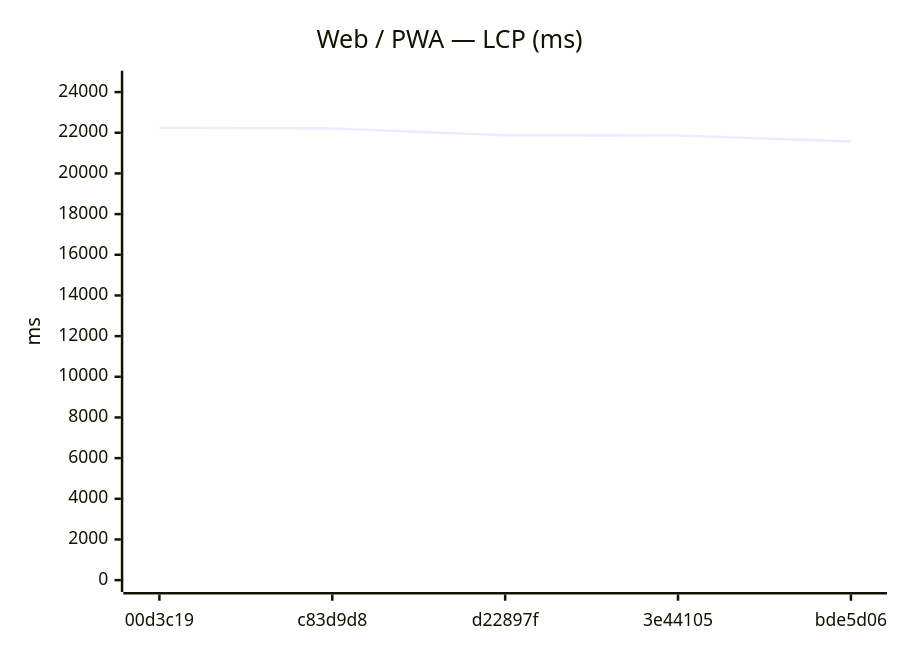
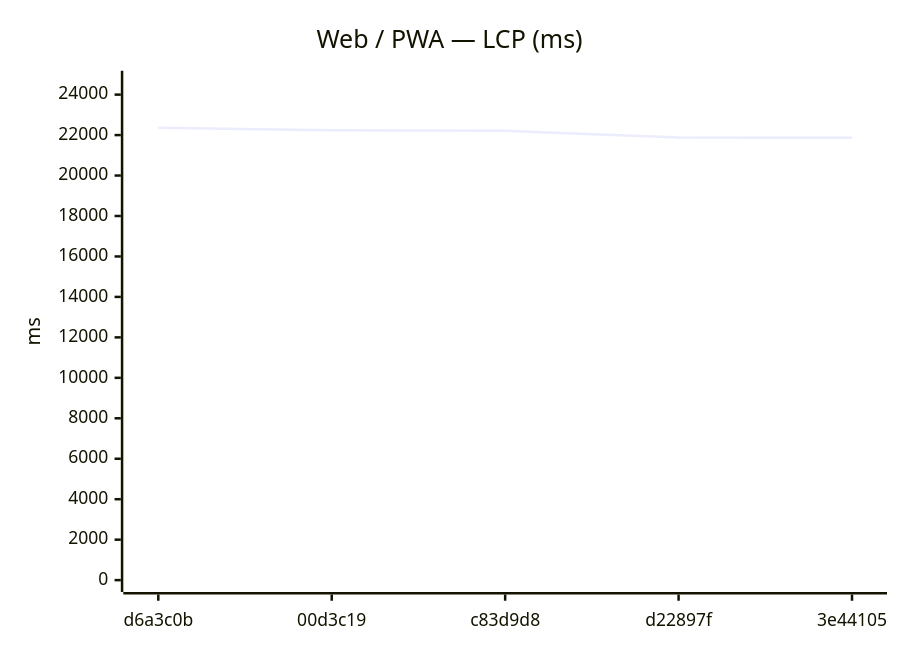
The seventh of 18 diagrams in benchmarks/compare.md (Metaheurist/Rianell), drawn with Mermaid before and after one commit. The commit also changed other lines of this file and 11 other files, not shown here.

````diff
--- a/benchmarks/compare.md
+++ b/benchmarks/compare.md
@@ -117,7 +117,7 @@
 ```mermaid
 xychart-beta
     title "Web / PWA — LCP (ms)"
-    x-axis ["00d3c19", "c83d9d8", "d22897f", "3e44105", "bde5d06"]
-    y-axis "ms" 0 --> 24465
-    line [22240, 22209, 21878, 21870, 21566]
+    x-axis ["d6a3c0b", "00d3c19", "c83d9d8", "d22897f", "3e44105"]
+    y-axis "ms" 0 --> 24593
+    line [22357, 22240, 22209, 21878, 21870]
 ```
````
